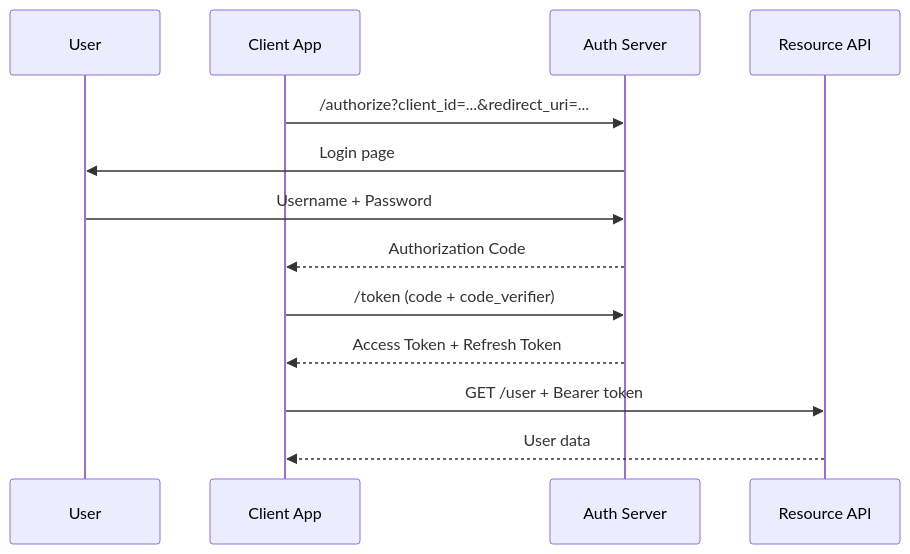
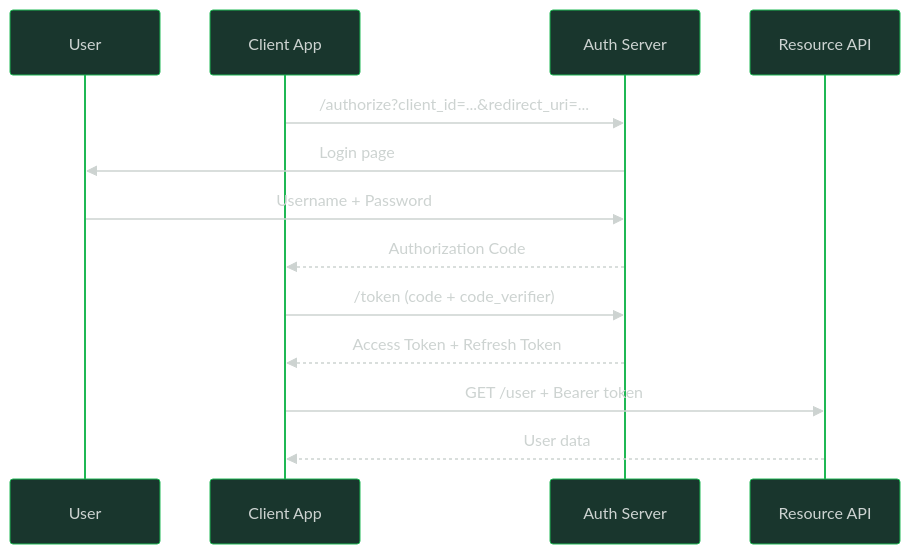
Before and after one commit to oat431/swe-knowledge: the second of 2 diagrams in software-engineering-note/04_Software_Construction/API/03 API Security/03 Authentication.md, drawn with Mermaid. The commit also changed other lines of this file and 28 other files, not shown here.

````diff
--- a/software-engineering-note/04_Software_Construction/API/03 API Security/03 Authentication.md
+++ b/software-engineering-note/04_Software_Construction/API/03 API Security/03 Authentication.md
@@ -64,16 +65,17 @@
 ```mermaid
+%%{init: {'theme':'base','themeVariables':{'background':'#1B1717','primaryColor':'#19362D','primaryTextColor':'#CDD3D1','primaryBorderColor':'#1FB854','lineColor':'#1FB854','actorBkg':'#19362D','actorBorder':'#1FB854','actorTextColor':'#CDD3D1','actorLineColor':'#1FB854','signalColor':'#CDD3D1','signalTextColor':'#CDD3D1','labelBoxBkgColor':'#161212','labelBoxBorderColor':'#1FB854','labelTextColor':'#CDD3D1','loopTextColor':'#CAC9C9','noteBkgColor':'#1EB88E','noteTextColor':'#000C07','noteBorderColor':'#1EB88E','activationBkgColor':'#1EB88E','activationBorderColor':'#1FB8AB','sequenceNumberColor':'#000000','fontSize':'14px'}}}%%
 sequenceDiagram
     participant U as User
     participant C as Client App
     participant A as Auth Server
     participant R as Resource API
     
     C->>A: /authorize?client_id=...&redirect_uri=...
     A->>U: Login page
     U->>A: Username + Password
     A-->>C: Authorization Code
     C->>A: /token (code + code_verifier)
     A-->>C: Access Token + Refresh Token
     C->>R: GET /user + Bearer token
     R-->>C: User data
 ```
````
